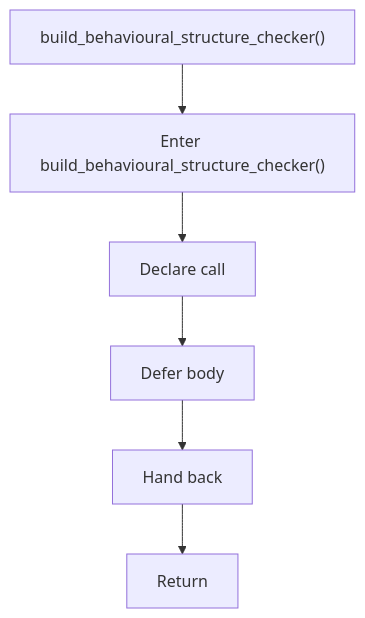
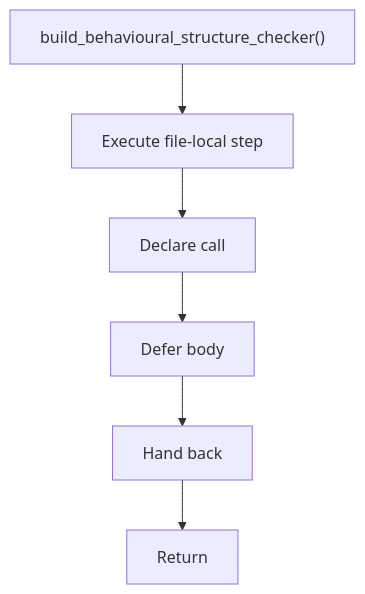
The fourth of 4 diagrams in docs/Codebase/Microservice/Modules/Header/SyntacticBrokenAST/Analysis/Patterns/Behavioural/Scaffold/core.hpp.md (JohnAndrewBalbarosa/NeoTerritory), drawn with Mermaid before and after one commit. The commit also changed other lines of this file and 915 other files, not shown here.

````diff
--- a/docs/Codebase/Microservice/Modules/Header/SyntacticBrokenAST/Analysis/Patterns/Behavioural/Scaffold/core.hpp.md
+++ b/docs/Codebase/Microservice/Modules/Header/SyntacticBrokenAST/Analysis/Patterns/Behavioural/Scaffold/core.hpp.md
@@ -114,14 +113,14 @@
 ```mermaid
 flowchart TD
     Start["build_behavioural_structure_checker()"]
-    N0["Enter build_behavioural_structure_checker()"]
+    N0["Execute file-local step"]
     N1["Declare call"]
     N2["Defer body"]
     N3["Hand back"]
     End["Return"]
     Start --> N0
     N0 --> N1
     N1 --> N2
     N2 --> N3
     N3 --> End
 ```
````
